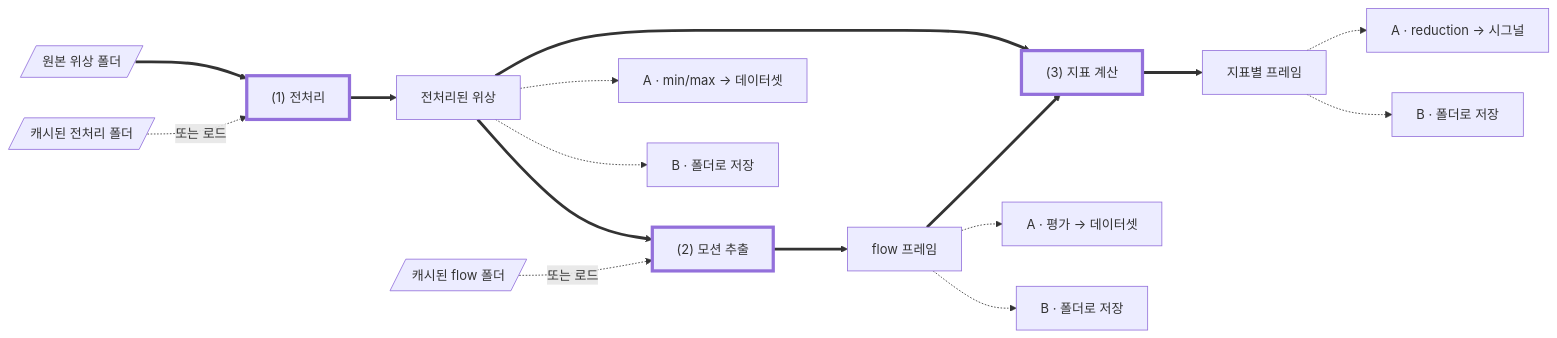
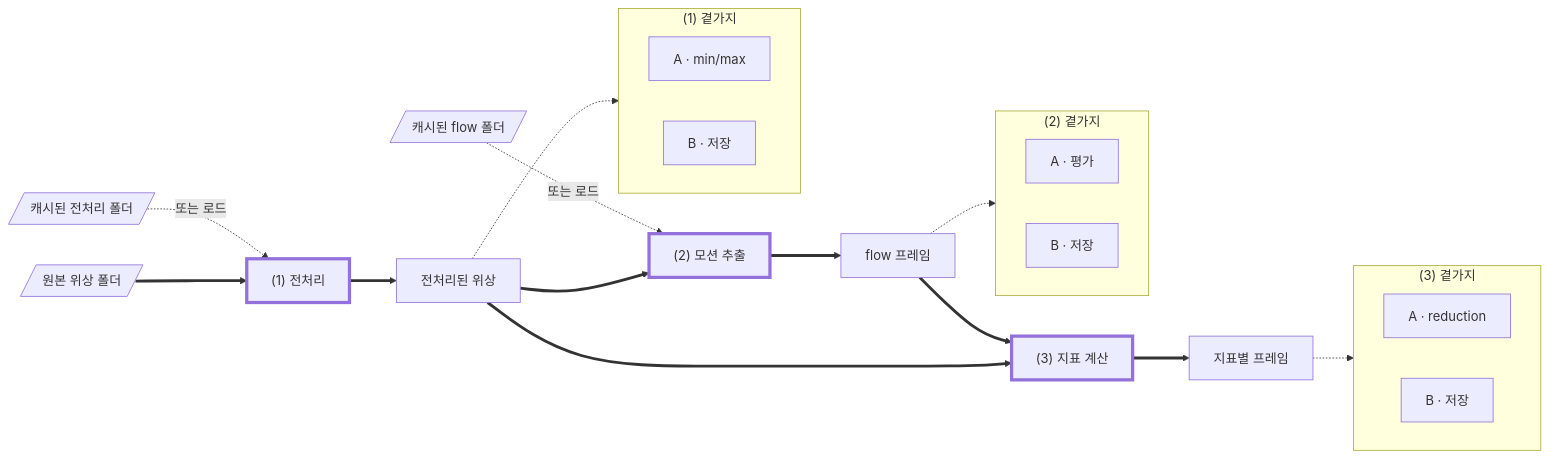
Before and after one commit to iivs-lab/cardiomyocytes: the first of 2 diagrams in TODO.md, drawn with Mermaid. The commit also changed other lines of this file, not shown here.

Commit message:
📝 Box the side branches, and drop the gitignore item
Six dotted arrows leaving the stream read as more stream. Grouped into one
box per stage they read as what they are -- something watching, not something
carrying. Their labels shorten to the letter and the verb, since the table
underneath already says where each one ends up.

Mermaid places nodes itself and takes no per-edge direction, so the boxes sit
beside their node rather than above or below it. Exact placement would mean a
hand-drawn SVG.

The `.gitignore` item goes: none of those directories exist yet.

````diff
--- a/TODO.md
+++ b/TODO.md
@@ -26,24 +26,37 @@
 ```mermaid
 flowchart LR
   raw[/"원본 위상 폴더"/] ==> S1
   c1[/"캐시된 전처리 폴더"/] -. "또는 로드" .-> S1
   S1["(1) 전처리"] ==> P["전처리된 위상"]
 
   P ==> S2
   c2[/"캐시된 flow 폴더"/] -. "또는 로드" .-> S2
   S2["(2) 모션 추출"] ==> FL["flow 프레임"]
 
   P ==> S3
   FL ==> S3["(3) 지표 계산"]
   S3 ==> D["지표별 프레임"]
 
-  P -.-> A1["A · min/max → 데이터셋"]
-  P -.-> B1["B · 폴더로 저장"]
-  FL -.-> A2["A · 평가 → 데이터셋"]
-  FL -.-> B2["B · 폴더로 저장"]
-  D -.-> A3["A · reduction → 시그널"]
-  D -.-> B3["B · 폴더로 저장"]
+  subgraph H1 ["(1) 곁가지"]
+    direction LR
+    A1["A · min/max"]
+    B1["B · 저장"]
+  end
+  subgraph H2 ["(2) 곁가지"]
+    direction LR
+    A2["A · 평가"]
+    B2["B · 저장"]
+  end
+  subgraph H3 ["(3) 곁가지"]
+    direction LR
+    A3["A · reduction"]
+    B3["B · 저장"]
+  end
+
+  P -.-> H1
+  FL -.-> H2
+  D -.-> H3
 
   classDef stage stroke-width:4px
   class S1,S2,S3 stage
 ```
````
